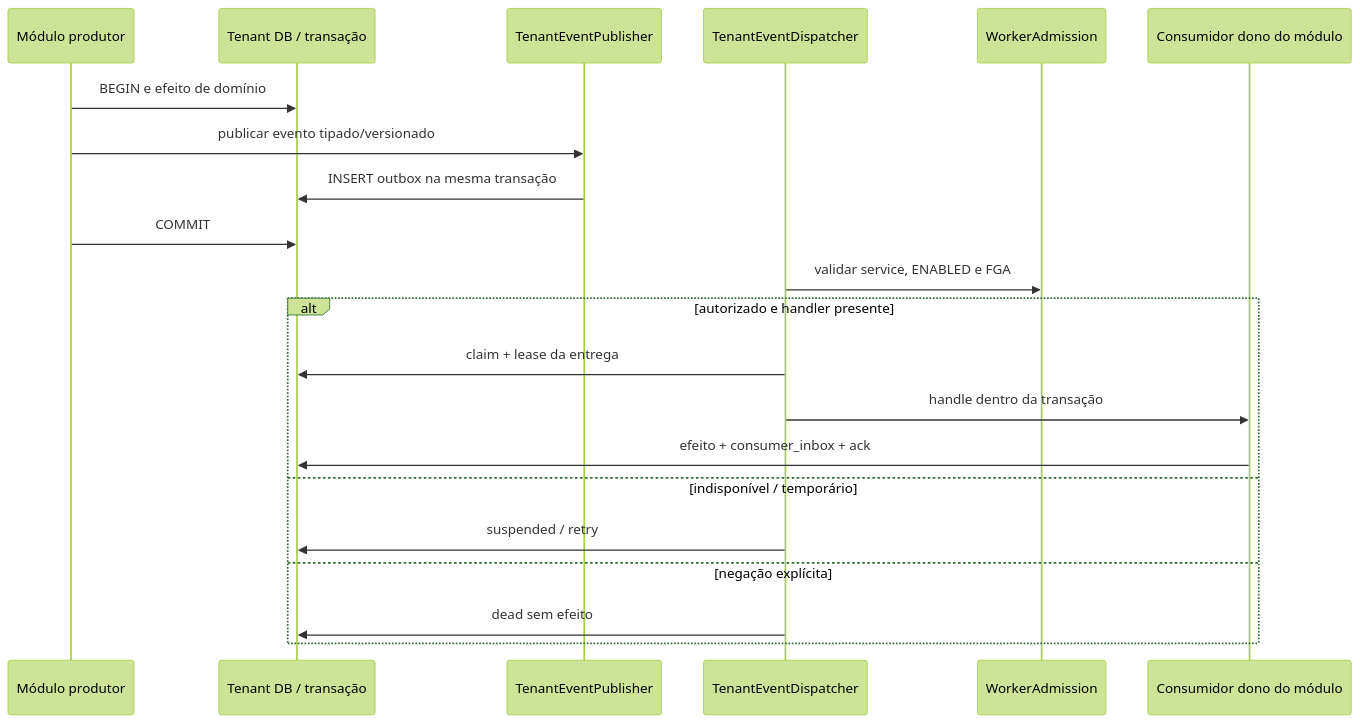
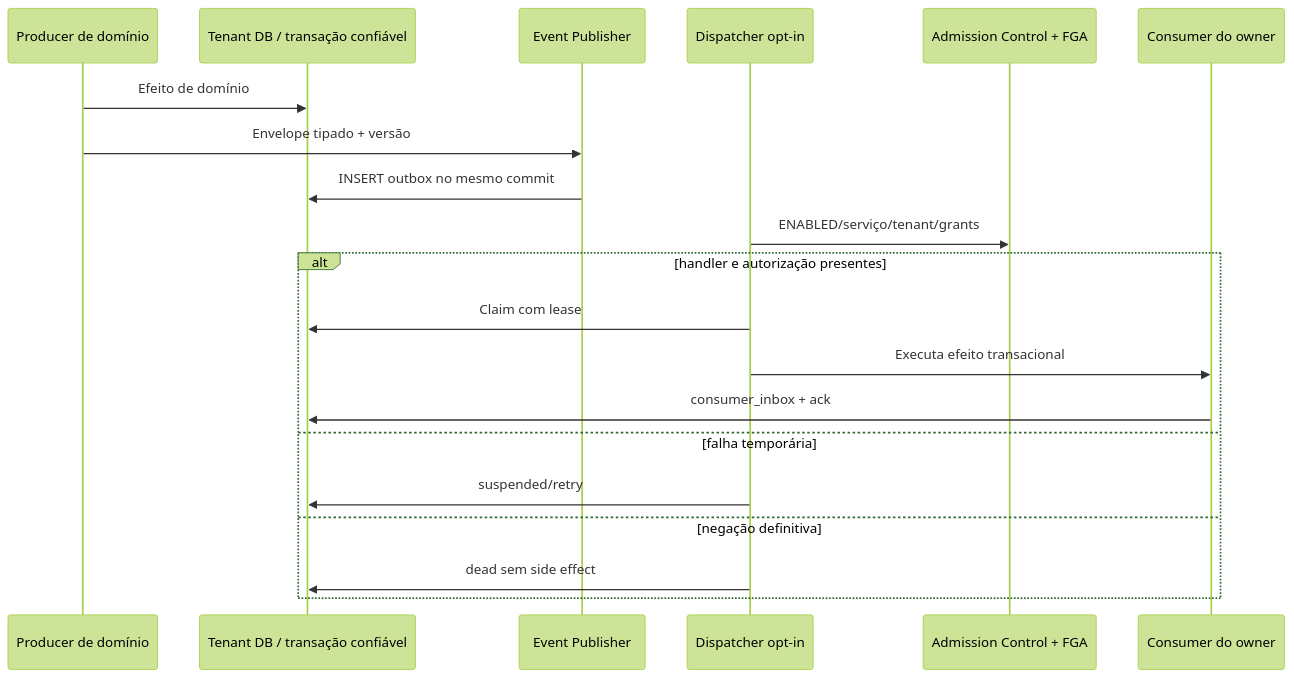
Before and after one commit to delmacy/syndes-system: the second of 3 diagrams in docs/subprojects/P14-platform-core/chapters/05-arquitetura-banco-interface-configuracao-e-diagramas.md, drawn with Mermaid (forest theme). The commit also changed other lines of this file and 12 other files, not shown here.

````diff
--- a/docs/subprojects/P14-platform-core/chapters/05-arquitetura-banco-interface-configuracao-e-diagramas.md
+++ b/docs/subprojects/P14-platform-core/chapters/05-arquitetura-banco-interface-configuracao-e-diagramas.md
@@ -44,24 +44,22 @@
 ```mermaid
 sequenceDiagram
-  participant PROD as Módulo produtor
-  participant TX as Tenant DB / transação
-  participant PUB as TenantEventPublisher
-  participant DSP as TenantEventDispatcher
-  participant GATE as WorkerAdmission
-  participant CONS as Consumidor dono do módulo
-
-  PROD->>TX: BEGIN e efeito de domínio
-  PROD->>PUB: publicar evento tipado/versionado
-  PUB->>TX: INSERT outbox na mesma transação
-  PROD->>TX: COMMIT
-  DSP->>GATE: validar service, ENABLED e FGA
-  alt autorizado e handler presente
-    DSP->>TX: claim + lease da entrega
-    DSP->>CONS: handle dentro da transação
-    CONS->>TX: efeito + consumer_inbox + ack
-  else indisponível / temporário
-    DSP->>TX: suspended / retry
-  else negação explícita
-    DSP->>TX: dead sem efeito
+  participant PROD as Producer de domínio
+  participant TX as Tenant DB / transação confiável
+  participant PUB as Event Publisher
+  participant DIS as Dispatcher opt-in
+  participant GA as Admission Control + FGA
+  participant CON as Consumer do owner
+  PROD->>TX: Efeito de domínio
+  PROD->>PUB: Envelope tipado + versão
+  PUB->>TX: INSERT outbox no mesmo commit
+  DIS->>GA: ENABLED/serviço/tenant/grants
+  alt handler e autorização presentes
+    DIS->>TX: Claim com lease
+    DIS->>CON: Executa efeito transacional
+    CON->>TX: consumer_inbox + ack
+  else falha temporária
+    DIS->>TX: suspended/retry
+  else negação definitiva
+    DIS->>TX: dead sem side effect
   end
 ```
````
